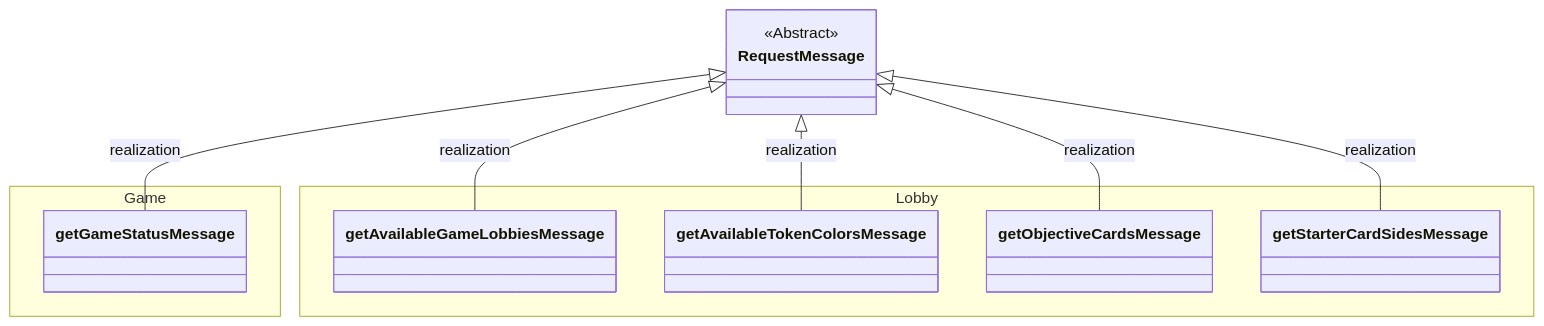
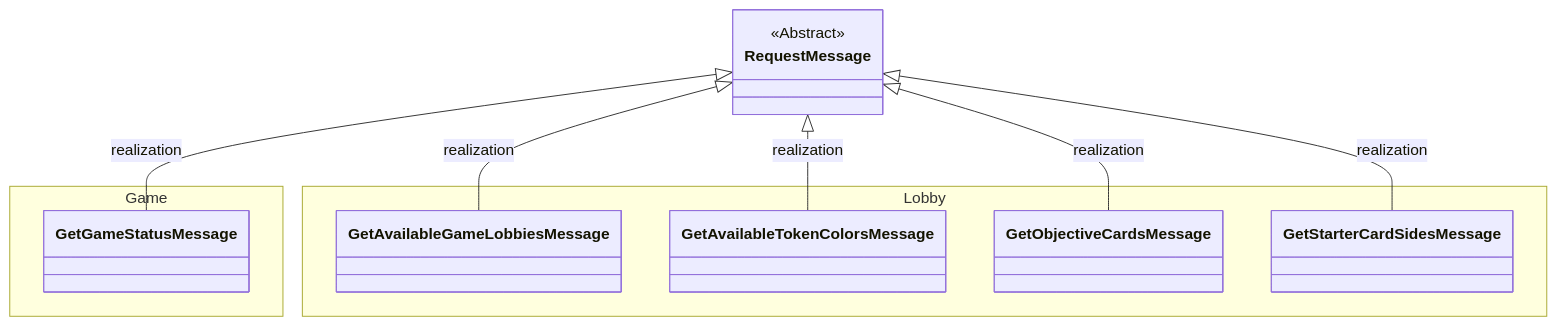
Before and after one commit to frephs/IS24-AM21: the second of 6 diagrams in documentation_wip/messages.md, drawn with Mermaid. The commit also changed other lines of this file, not shown here.

Commit message:
fix: capitalize class names

````diff
--- a/documentation_wip/messages.md
+++ b/documentation_wip/messages.md
@@ -76,43 +76,43 @@
 ```mermaid
 classDiagram
     class RequestMessage {
         <<Abstract>> 
     }
 
     namespace Game{
-        class getGameStatusMessage{
+        class GetGameStatusMessage{
 
         }
     }
     
     namespace Lobby {
 
-        class getAvailableGameLobbiesMessage {
+        class GetAvailableGameLobbiesMessage {
             
         }
-        class getAvailableTokenColorsMessage {
+        class GetAvailableTokenColorsMessage {
         
         }
 
-        class getObjectiveCardsMessage {
+        class GetObjectiveCardsMessage {
 
         }
 
-        class getStarterCardSidesMessage{
+        class GetStarterCardSidesMessage{
 
         }
 
     } 
 
-    RequestMessage <|-- getAvailableGameLobbiesMessage : realization
-        RequestMessage <|-- getAvailableTokenColorsMessage : realization
-        RequestMessage <|-- getObjectiveCardsMessage : realization
-        RequestMessage <|-- getStarterCardSidesMessage : realization
+    RequestMessage <|-- GetAvailableGameLobbiesMessage : realization
+        RequestMessage <|-- GetAvailableTokenColorsMessage : realization
+        RequestMessage <|-- GetObjectiveCardsMessage : realization
+        RequestMessage <|-- GetStarterCardSidesMessage : realization
 
     
     %% game
-    RequestMessage <|-- getGameStatusMessage : realization
+    RequestMessage <|-- GetGameStatusMessage : realization
 
 
 
 ```
````
